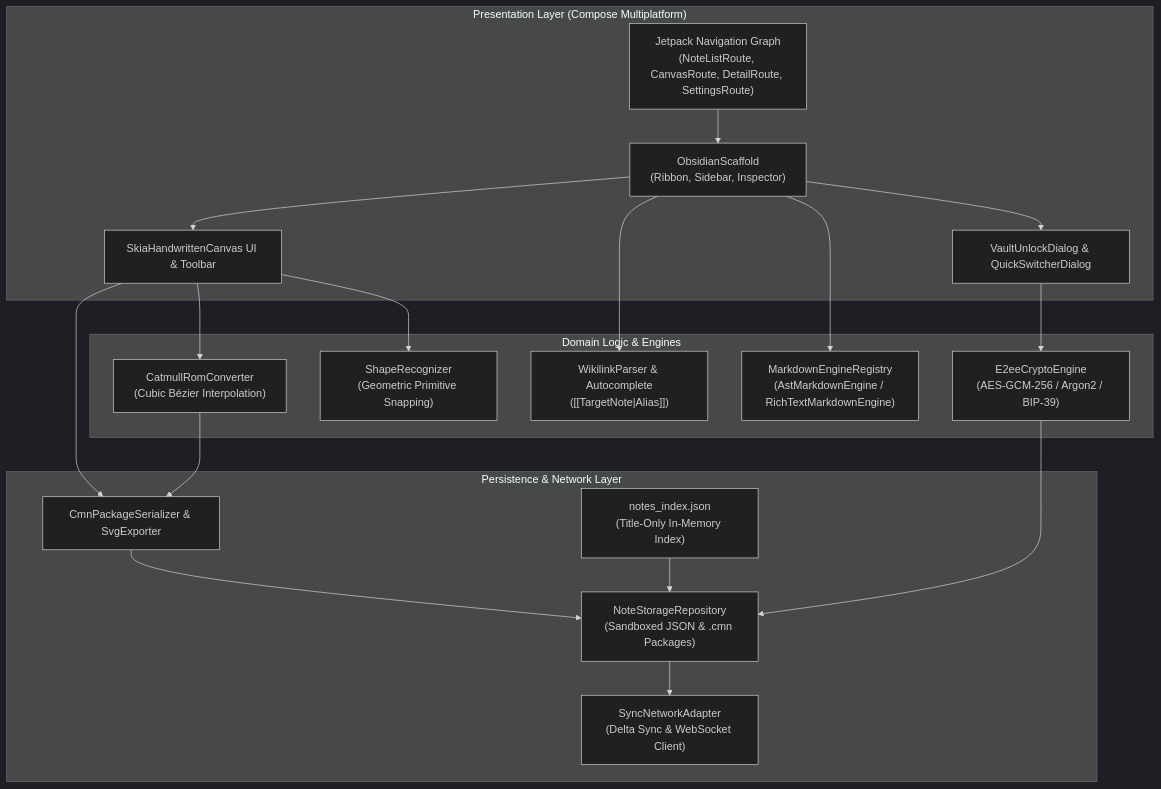
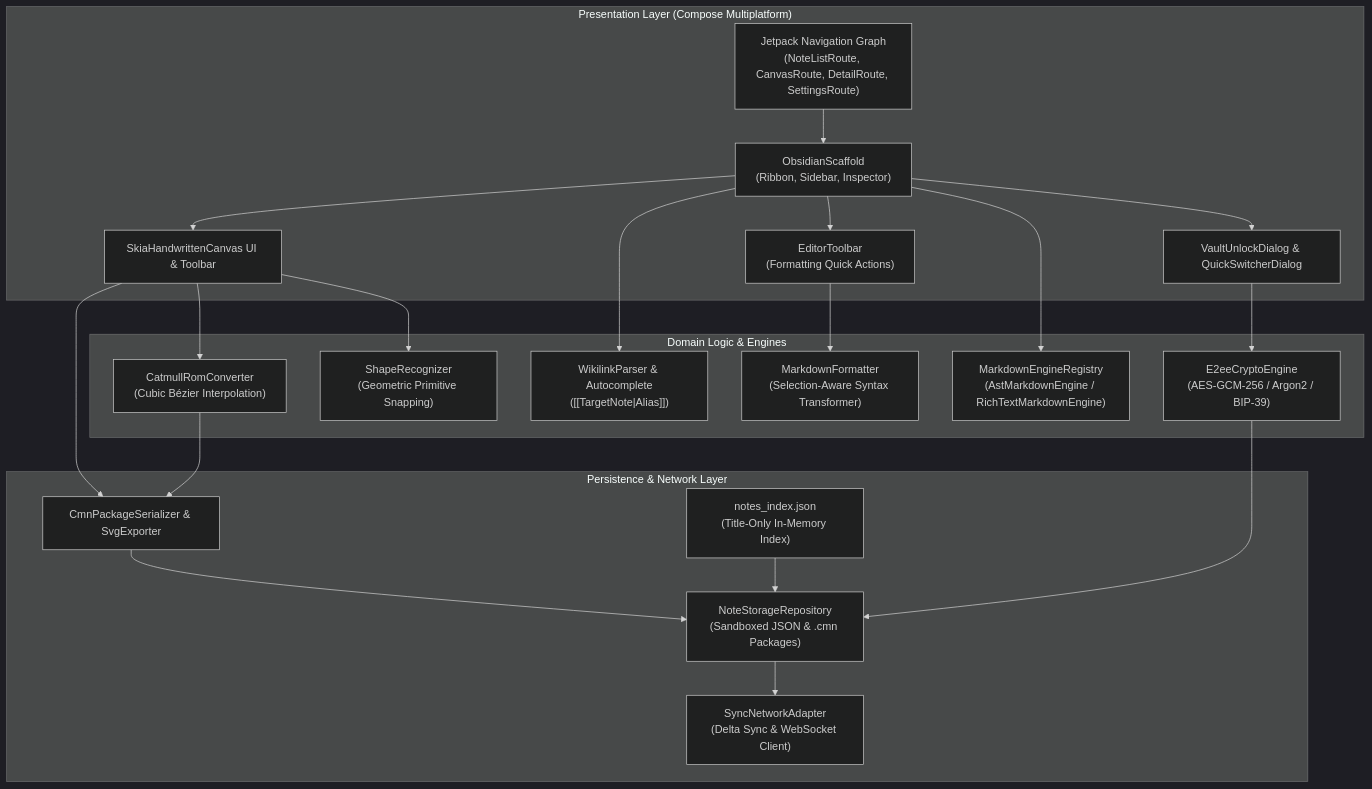
One commit to rokhlin/notesClientApp changed the first of 5 diagrams in docs/system_architecture.md. Above: the diagram before and after it, drawn with Mermaid (dark theme). The commit also changed 5 other files, not shown here.

Commit message:
feat(editor): add formatting toolbar and markdown formatter

````diff
--- a/docs/system_architecture.md
+++ b/docs/system_architecture.md
@@ -47,39 +47,43 @@
 ```mermaid
 graph TD
     subgraph UI_Layer["Presentation Layer (Compose Multiplatform)"]
         Nav["Jetpack Navigation Graph<br/>(NoteListRoute, CanvasRoute, DetailRoute, SettingsRoute)"]
         Scaffold["ObsidianScaffold<br/>(Ribbon, Sidebar, Inspector)"]
         CanvasUI["SkiaHandwrittenCanvas UI & Toolbar"]
+        EditorToolbarUI["EditorToolbar<br/>(Formatting Quick Actions)"]
         Dialogs["VaultUnlockDialog & QuickSwitcherDialog"]
     end
 
     subgraph Domain_Engines["Domain Logic & Engines"]
         Catmull["CatmullRomConverter<br/>(Cubic Bézier Interpolation)"]
         Shape["ShapeRecognizer<br/>(Geometric Primitive Snapping)"]
         Wiki["WikilinkParser & Autocomplete<br/>([[TargetNote|Alias]])"]
+        MdFormatter["MarkdownFormatter<br/>(Selection-Aware Syntax Transformer)"]
         MdReg["MarkdownEngineRegistry<br/>(AstMarkdownEngine / RichTextMarkdownEngine)"]
         Crypto["E2eeCryptoEngine<br/>(AES-GCM-256 / Argon2 / BIP-39)"]
     end
 
     subgraph Data_Storage["Persistence & Network Layer"]
         Index["notes_index.json<br/>(Title-Only In-Memory Index)"]
         FileStore["NoteStorageRepository<br/>(Sandboxed JSON & .cmn Packages)"]
         Serializer["CmnPackageSerializer & SvgExporter"]
         NetAdapter["SyncNetworkAdapter<br/>(Delta Sync & WebSocket Client)"]
     end
 
     Nav --> Scaffold
     Scaffold --> CanvasUI
     Scaffold --> Dialogs
     CanvasUI --> Catmull
     CanvasUI --> Shape
     CanvasUI --> Serializer
     Scaffold --> Wiki
     Scaffold --> MdReg
+    Scaffold --> EditorToolbarUI
+    EditorToolbarUI --> MdFormatter
     Dialogs --> Crypto
     Catmull --> Serializer
     Serializer --> FileStore
     Index --> FileStore
     Crypto --> FileStore
     FileStore --> NetAdapter
 ```
````
